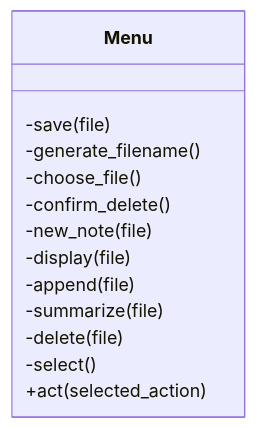
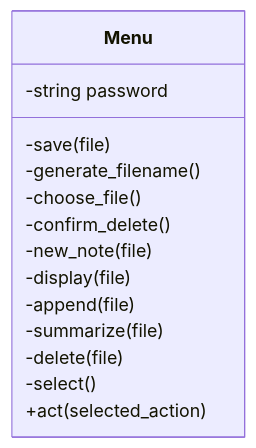
One commit to t-drape/SE300_Secure_Notes_App changed the diagram in LLD_Diagrams/Menu Class Diagram.md. Above: the diagram before and after it, drawn with Mermaid.

Commit message:
Add password attribute to Menu class diagram

````diff
--- a/LLD_Diagrams/Menu Class Diagram.md
+++ b/LLD_Diagrams/Menu Class Diagram.md
@@ -1,16 +1,17 @@
 ```mermaid
 classDiagram
     class Menu {
+        -string password
         -save(file)
         -generate_filename()
         -choose_file()
         -confirm_delete()
         -new_note(file)
         -display(file)
         -append(file)
         -summarize(file)
         -delete(file)
         -select()
         +act(selected_action)
     }
 ```
````
